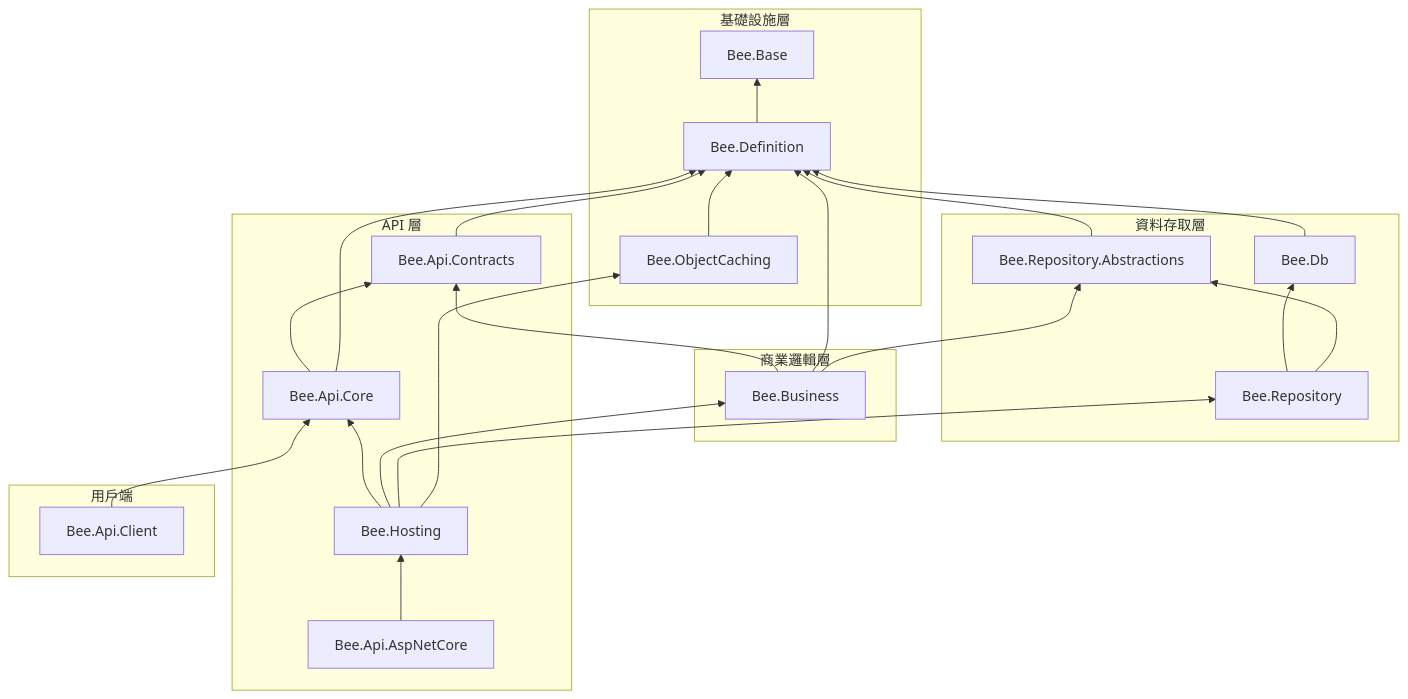
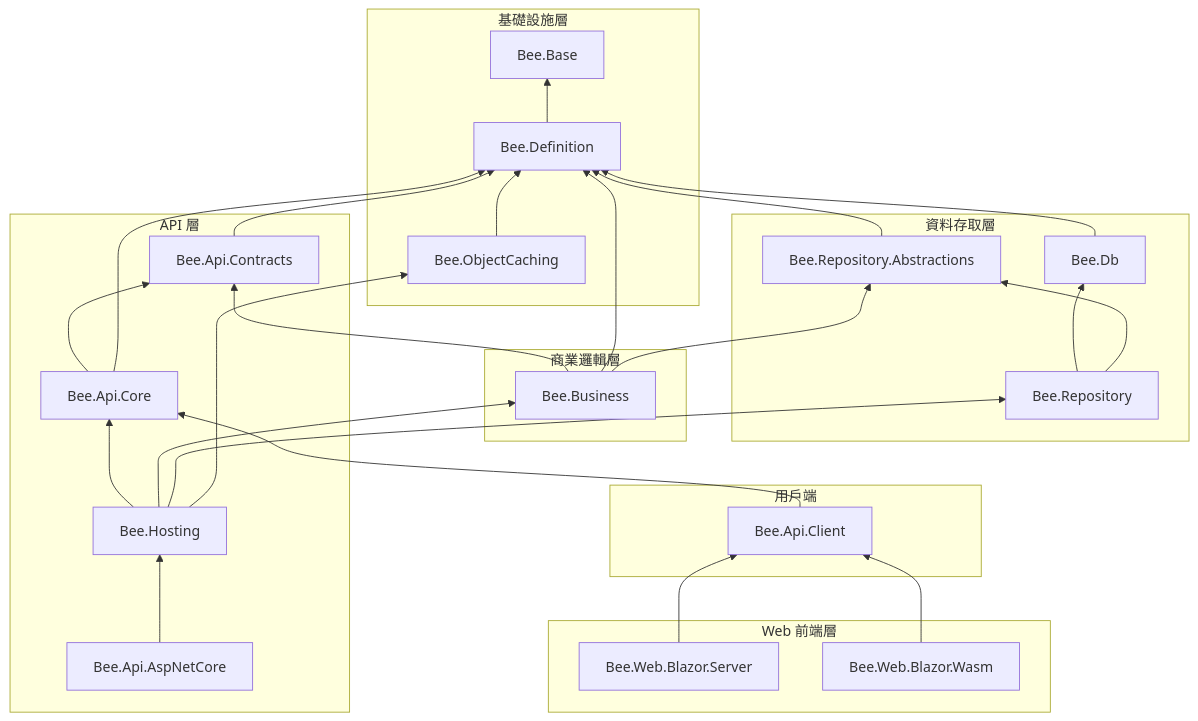
One commit to jeff377/bee-library changed the diagram in docs/dependency-map.zh-TW.md. Above: the diagram before and after it, drawn with Mermaid. The commit also changed other lines of this file and 2 other files, not shown here.

First line of the commit message:
docs(blazor): 補 Blazor Web 前端二個 RCL 的相依矩陣與架構圖更新

````diff
--- a/docs/dependency-map.zh-TW.md
+++ b/docs/dependency-map.zh-TW.md
@@ -11,48 +11,55 @@
 ```mermaid
 graph BT
   subgraph 基礎設施層
     Base["Bee.Base"]
     Definition["Bee.Definition"]
     Caching["Bee.ObjectCaching"]
   end
 
   subgraph 資料存取層
     RepoAbs["Bee.Repository.Abstractions"]
     Db["Bee.Db"]
     Repo["Bee.Repository"]
   end
 
   subgraph 商業邏輯層
     Business["Bee.Business"]
   end
 
   subgraph API 層
     Contracts["Bee.Api.Contracts"]
     Core["Bee.Api.Core"]
     Hosting["Bee.Hosting"]
     AspNet["Bee.Api.AspNetCore"]
   end
 
   subgraph 用戶端
     Client["Bee.Api.Client"]
   end
 
+  subgraph Web 前端層
+    BlazorSrv["Bee.Web.Blazor.Server"]
+    BlazorWasm["Bee.Web.Blazor.Wasm"]
+  end
+
   Definition --> Base
   Contracts --> Definition
   Db --> Definition
   RepoAbs --> Definition
   Caching --> Definition
   Business --> Contracts
   Business --> Definition
   Business --> RepoAbs
   Repo --> Db
   Repo --> RepoAbs
   Core --> Contracts
   Core --> Definition
   Hosting --> Core
   Hosting --> Business
   Hosting --> Repo
   Hosting --> Caching
   AspNet --> Hosting
   Client --> Core
+  BlazorSrv --> Client
+  BlazorWasm --> Client
 ```
````
